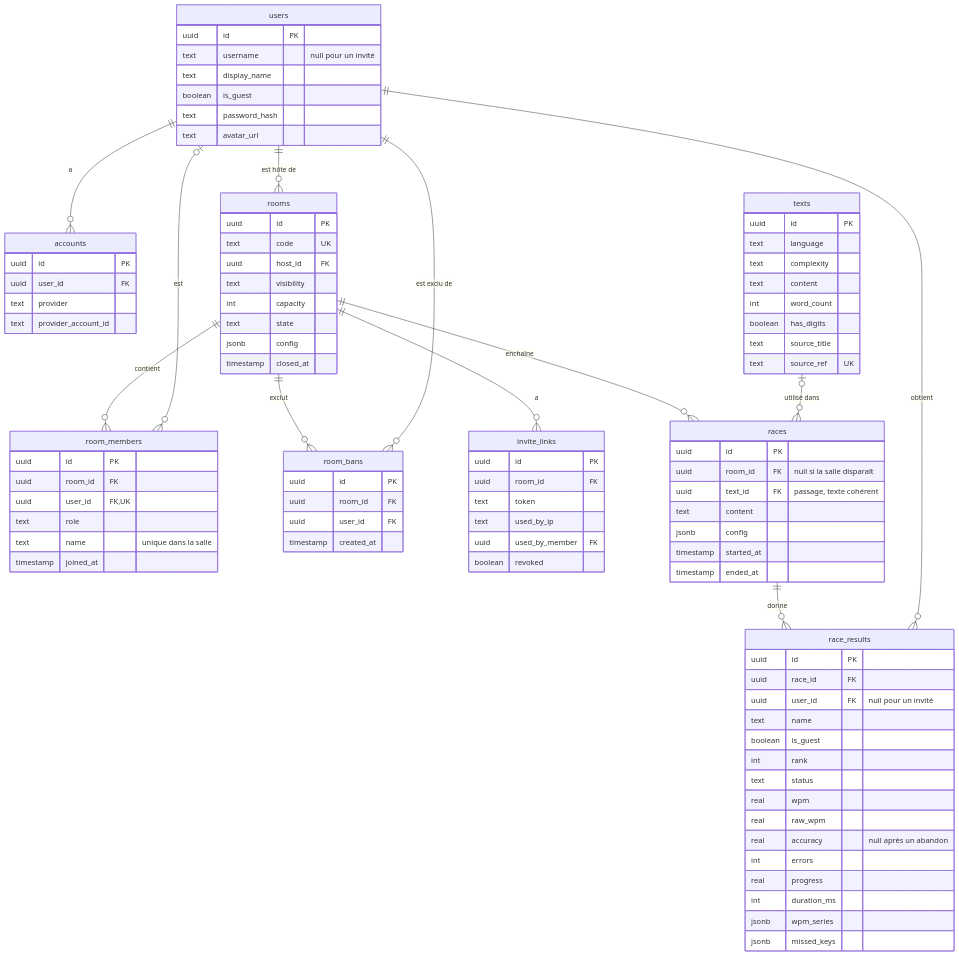
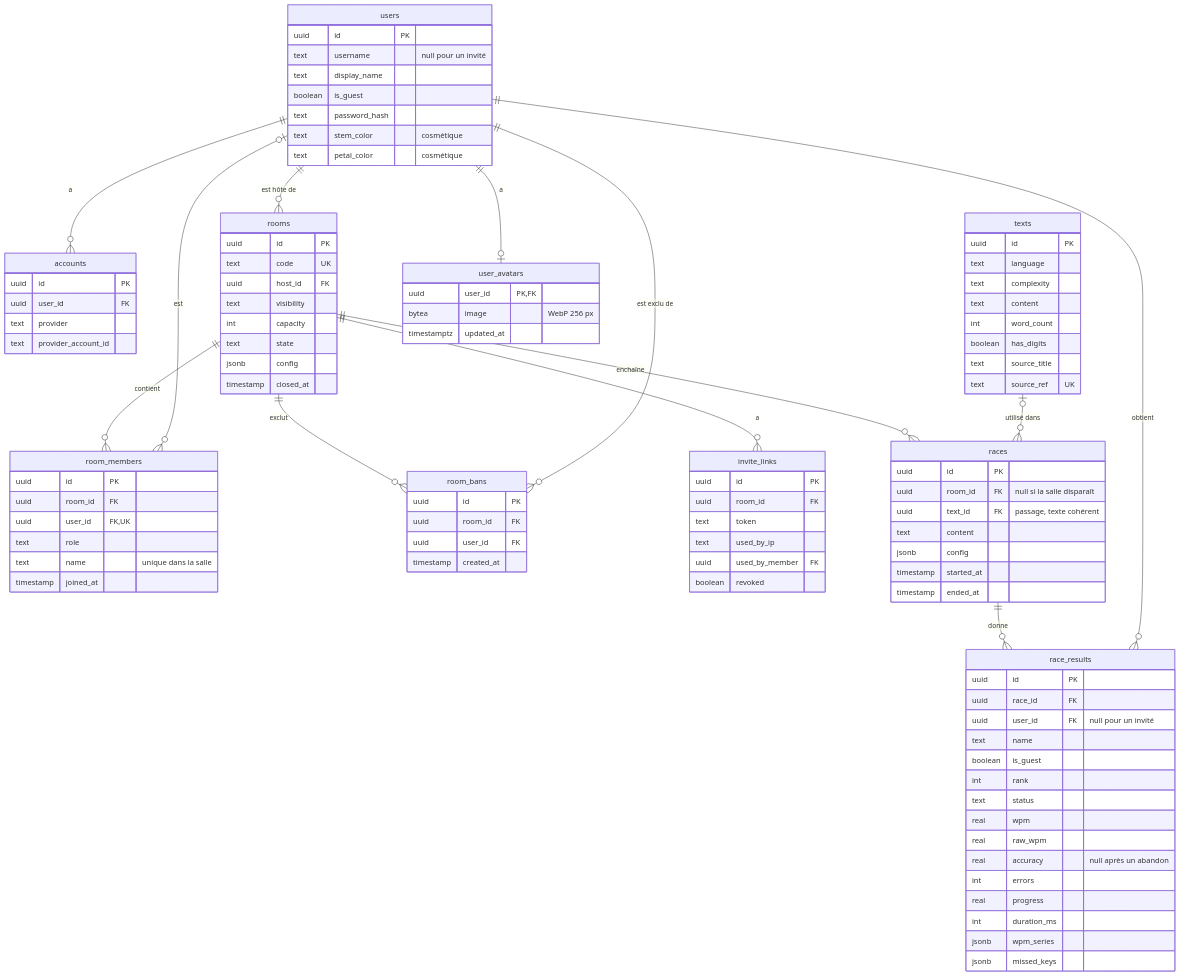
One commit to Onyyx256/typeracer changed the first of 2 diagrams in docs/ARCHITECTURE.md. Above: the diagram before and after it, drawn with Mermaid.

Commit message:
docs: data model shows user_avatars and the cosmetic colours

```diff
--- a/docs/ARCHITECTURE.md
+++ b/docs/ARCHITECTURE.md
@@ -17,6 +17,7 @@
     texts |o--o{ races : "utilisé dans"
     races ||--o{ race_results : "donne"
     users ||--o{ race_results : "obtient"
+    users ||--o| user_avatars : "a"
 
     users {
         uuid id PK
@@ -24,7 +25,13 @@
         text display_name
         boolean is_guest
         text password_hash
-        text avatar_url
+        text stem_color "cosmétique"
+        text petal_color "cosmétique"
+    }
+    user_avatars {
+        uuid user_id PK, FK
+        bytea image "WebP 256 px"
+        timestamptz updated_at
     }
     accounts {
         uuid id PK
```
